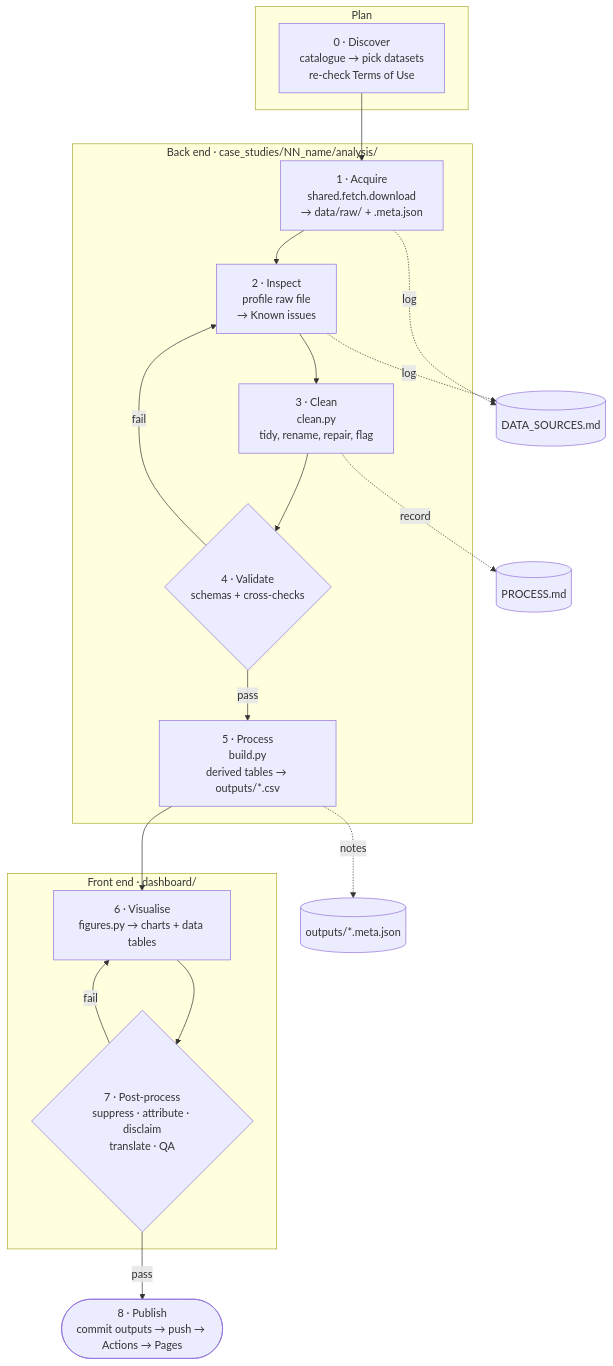
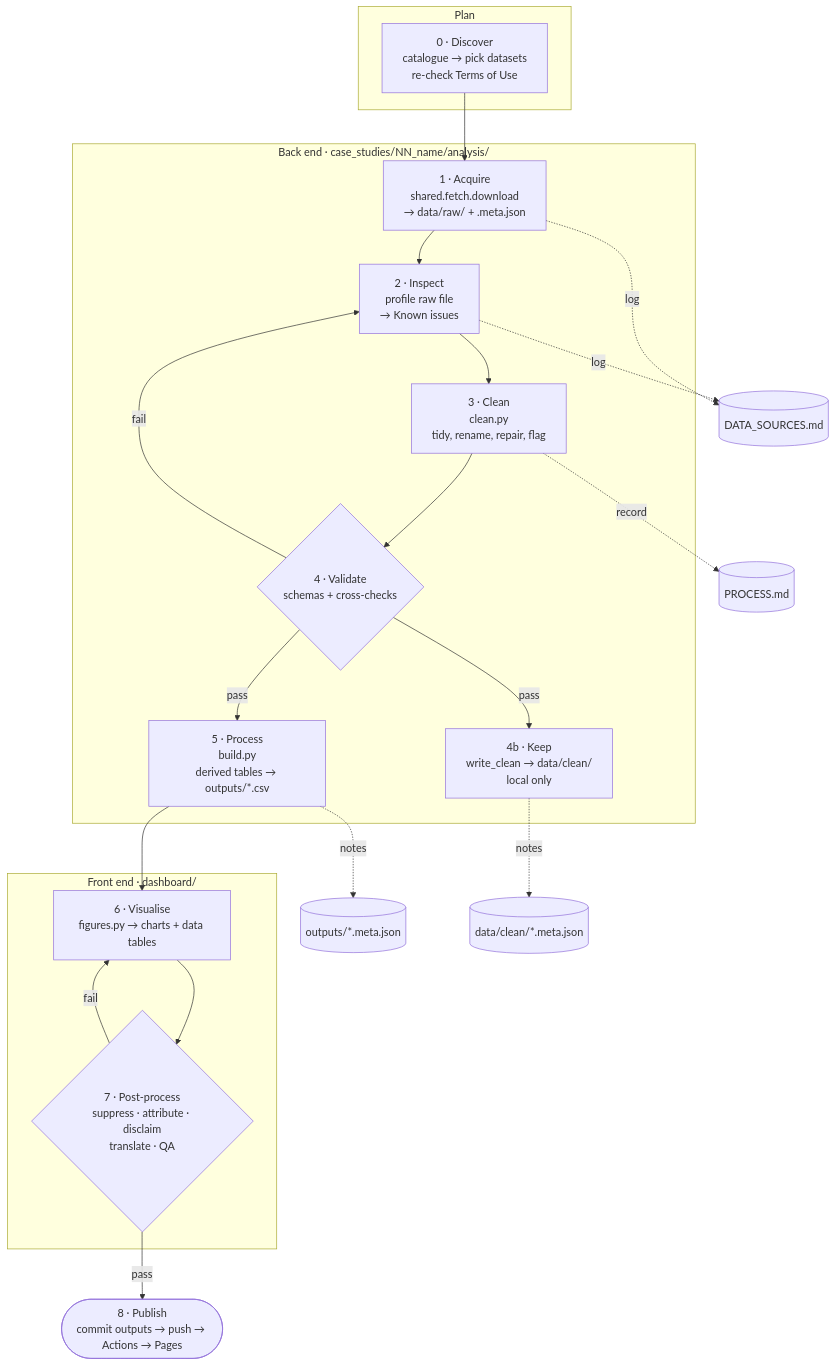
The diagram in docs/WORKFLOW.md (Laihere/brunei-analytics), drawn with Mermaid before and after one commit. The commit also changed other lines of this file and 29 other files, not shown here.

First line of the commit message:
Keep full cleaned tables locally in data/clean/ for every case study

````diff
--- a/docs/WORKFLOW.md
+++ b/docs/WORKFLOW.md
@@ -11,29 +11,32 @@
 ```mermaid
 flowchart TD
     subgraph P["Plan"]
         S0["0 · Discover<br/>catalogue → pick datasets<br/>re-check Terms of Use"]
     end
     subgraph B["Back end · case_studies/NN_name/analysis/"]
         S1["1 · Acquire<br/>shared.fetch.download<br/>→ data/raw/ + .meta.json"]
         S2["2 · Inspect<br/>profile raw file<br/>→ Known issues"]
         S3["3 · Clean<br/>clean.py<br/>tidy, rename, repair, flag"]
         S4{"4 · Validate<br/>schemas + cross-checks"}
+        S4b["4b · Keep<br/>write_clean → data/clean/<br/>local only"]
         S5["5 · Process<br/>build.py<br/>derived tables → outputs/*.csv"]
     end
     subgraph F["Front end · dashboard/"]
         S6["6 · Visualise<br/>figures.py → charts + data tables"]
         S7{"7 · Post-process<br/>suppress · attribute · disclaim<br/>translate · QA"}
     end
     S8(["8 · Publish<br/>commit outputs → push → Actions → Pages"])
 
     S0 --> S1 --> S2 --> S3 --> S4
     S4 -- pass --> S5 --> S6 --> S7
+    S4 -- pass --> S4b
     S4 -- fail --> S2
     S7 -- pass --> S8
     S7 -- fail --> S6
 
     S1 -. log .-> L1[("DATA_SOURCES.md")]
     S2 -. log .-> L1
     S3 -. record .-> L2[("PROCESS.md")]
     S5 -. notes .-> L3[("outputs/*.meta.json")]
+    S4b -. notes .-> L4[("data/clean/*.meta.json")]
 ```
````
